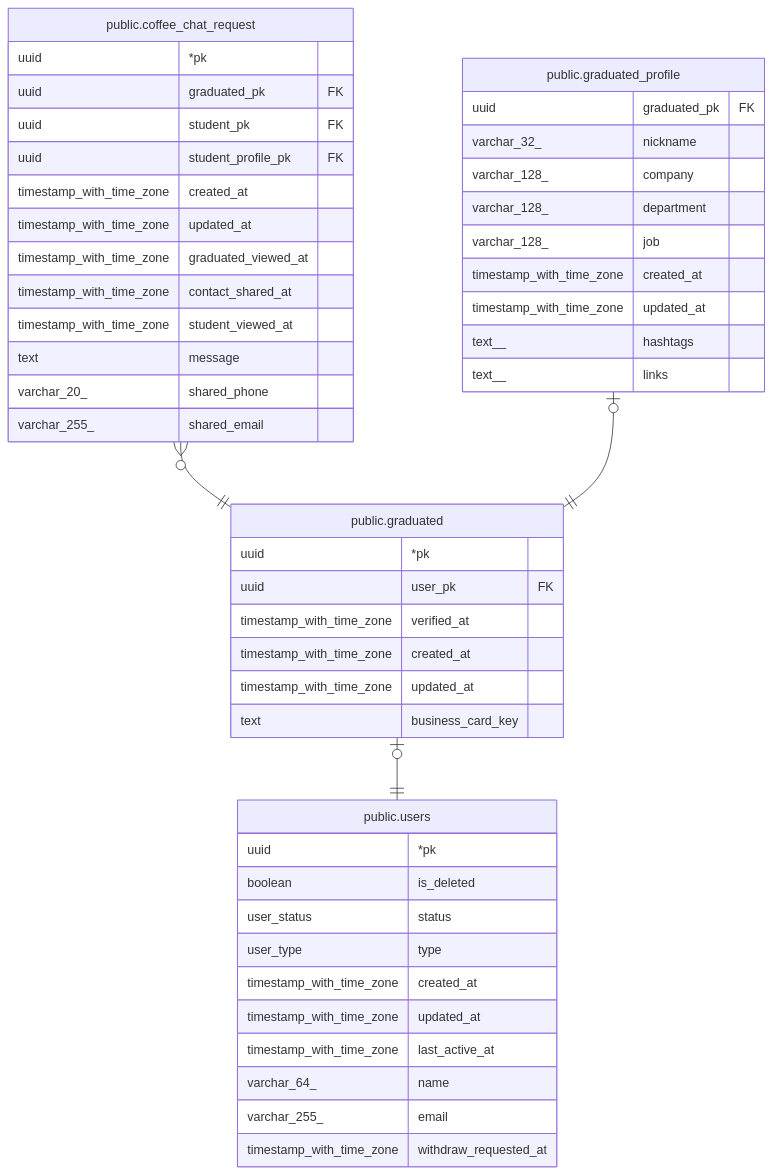
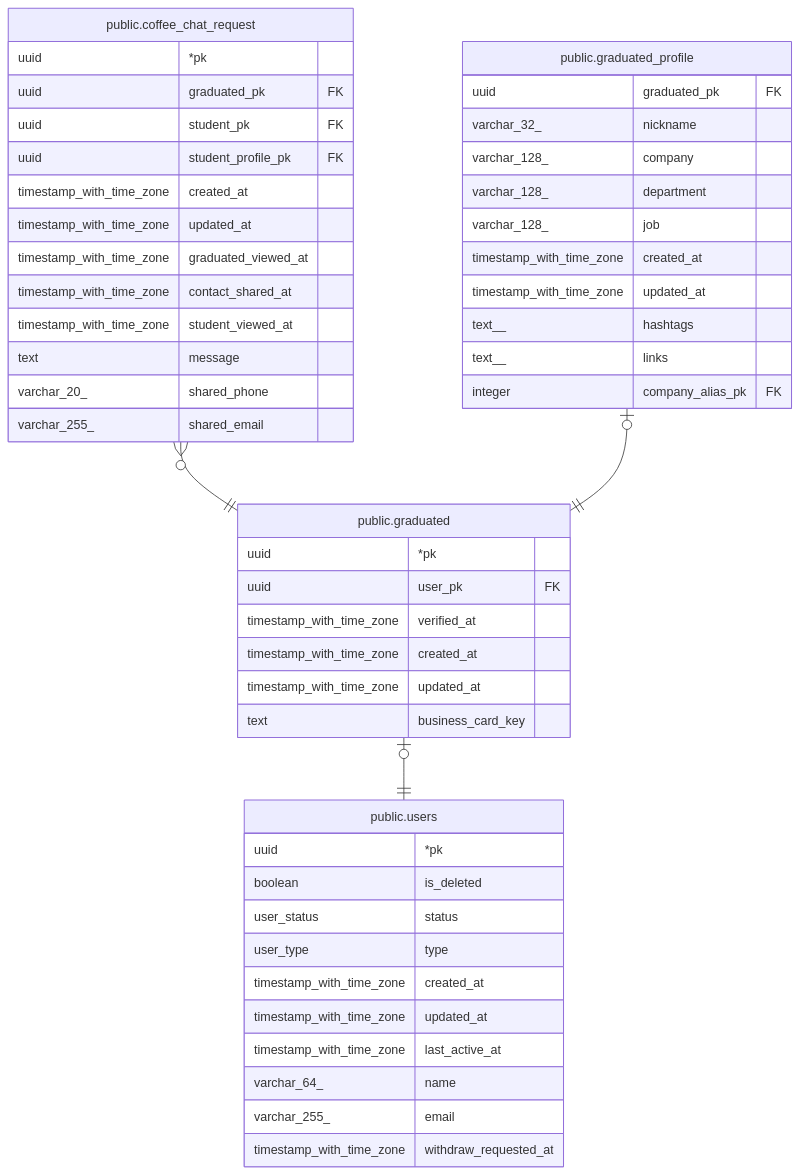
One commit to gsainfoteam/cheers-be changed the diagram in docs/schema/public.graduated.md. Above: the diagram before and after it, drawn with Mermaid. The commit also changed 12 other files, not shown here.

First line of the commit message:
- feat: add company alias and name tables (CRB-68)

````diff
--- a/docs/schema/public.graduated.md
+++ b/docs/schema/public.graduated.md
@@ -35,53 +35,54 @@
 ```mermaid
 erDiagram
 
 "public.coffee_chat_request" }o--|| "public.graduated" : ""
 "public.graduated_profile" |o--|| "public.graduated" : ""
 "public.graduated" |o--|| "public.users" : ""
 
 "public.graduated" {
   uuid *pk
   uuid user_pk FK
   timestamp_with_time_zone verified_at
   timestamp_with_time_zone created_at
   timestamp_with_time_zone updated_at
   text business_card_key
 }
 "public.coffee_chat_request" {
   uuid *pk
   uuid graduated_pk FK
   uuid student_pk FK
   uuid student_profile_pk FK
   timestamp_with_time_zone created_at
   timestamp_with_time_zone updated_at
   timestamp_with_time_zone graduated_viewed_at
   timestamp_with_time_zone contact_shared_at
   timestamp_with_time_zone student_viewed_at
   text message
   varchar_20_ shared_phone
   varchar_255_ shared_email
 }
 "public.graduated_profile" {
   uuid graduated_pk FK
   varchar_32_ nickname
   varchar_128_ company
   varchar_128_ department
   varchar_128_ job
   timestamp_with_time_zone created_at
   timestamp_with_time_zone updated_at
   text__ hashtags
   text__ links
+  integer company_alias_pk FK
 }
 "public.users" {
   uuid *pk
   boolean is_deleted
   user_status status
   user_type type
   timestamp_with_time_zone created_at
   timestamp_with_time_zone updated_at
   timestamp_with_time_zone last_active_at
   varchar_64_ name
   varchar_255_ email
   timestamp_with_time_zone withdraw_requested_at
 }
 ```
````
